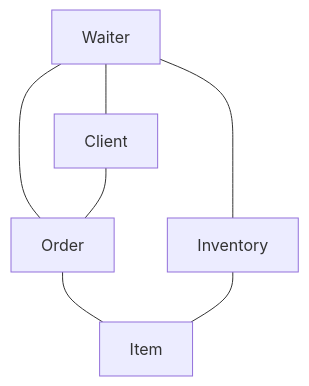
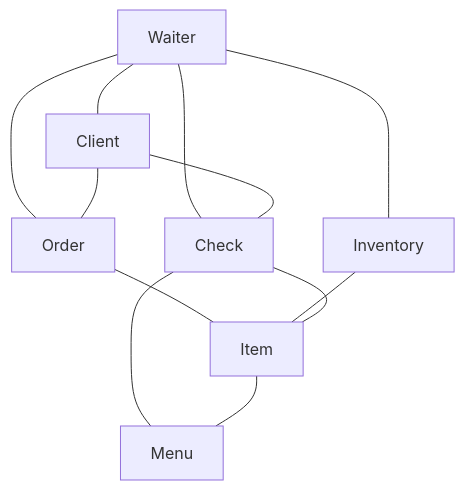
Before and after one commit to pawelofficial/dbagent: the diagram in docs/diagrams/graph.mmd, drawn with Mermaid. The commit also changed 13 other files, not shown here.

```diff
--- a/docs/diagrams/graph.mmd
+++ b/docs/diagrams/graph.mmd
@@ -1,7 +1,12 @@
 graph TD
     Waiter --- Client
     Waiter --- Order
     Waiter --- Inventory
+    Waiter --- Check
     Client --- Order
+    Client --- Check
     Order --- Item
     Inventory --- Item
+    Check --- Item
+    Check --- Menu
+    Item --- Menu
```
